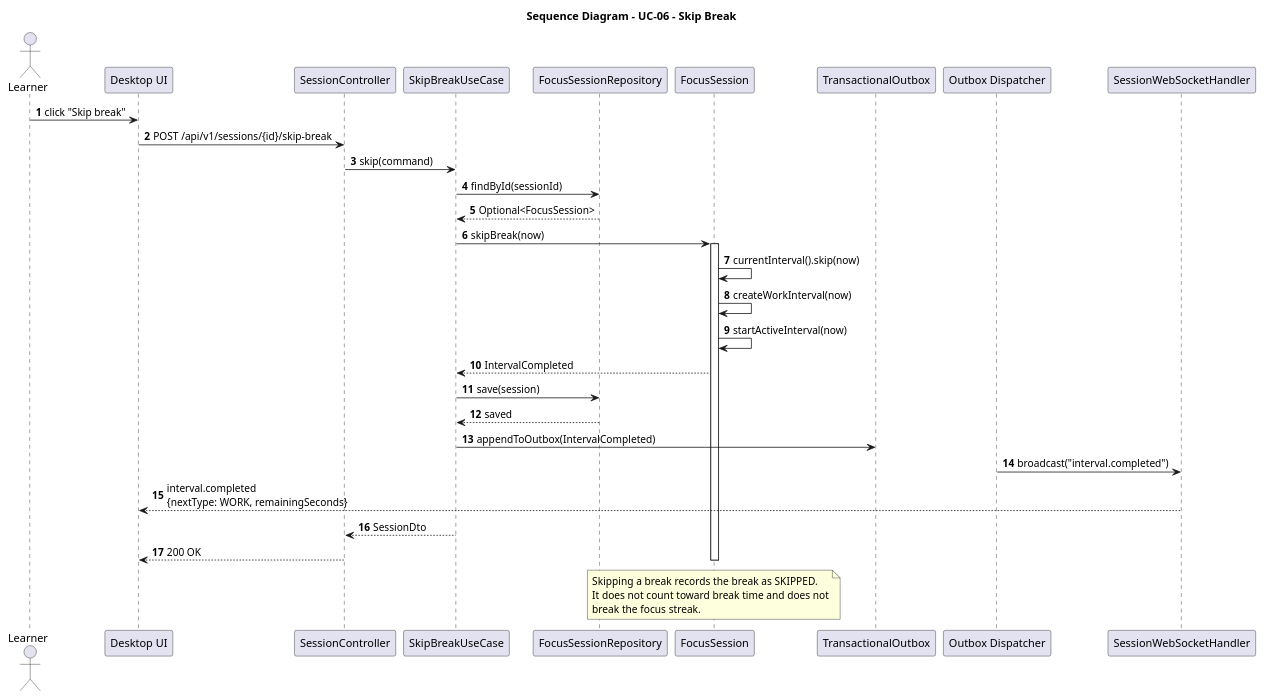
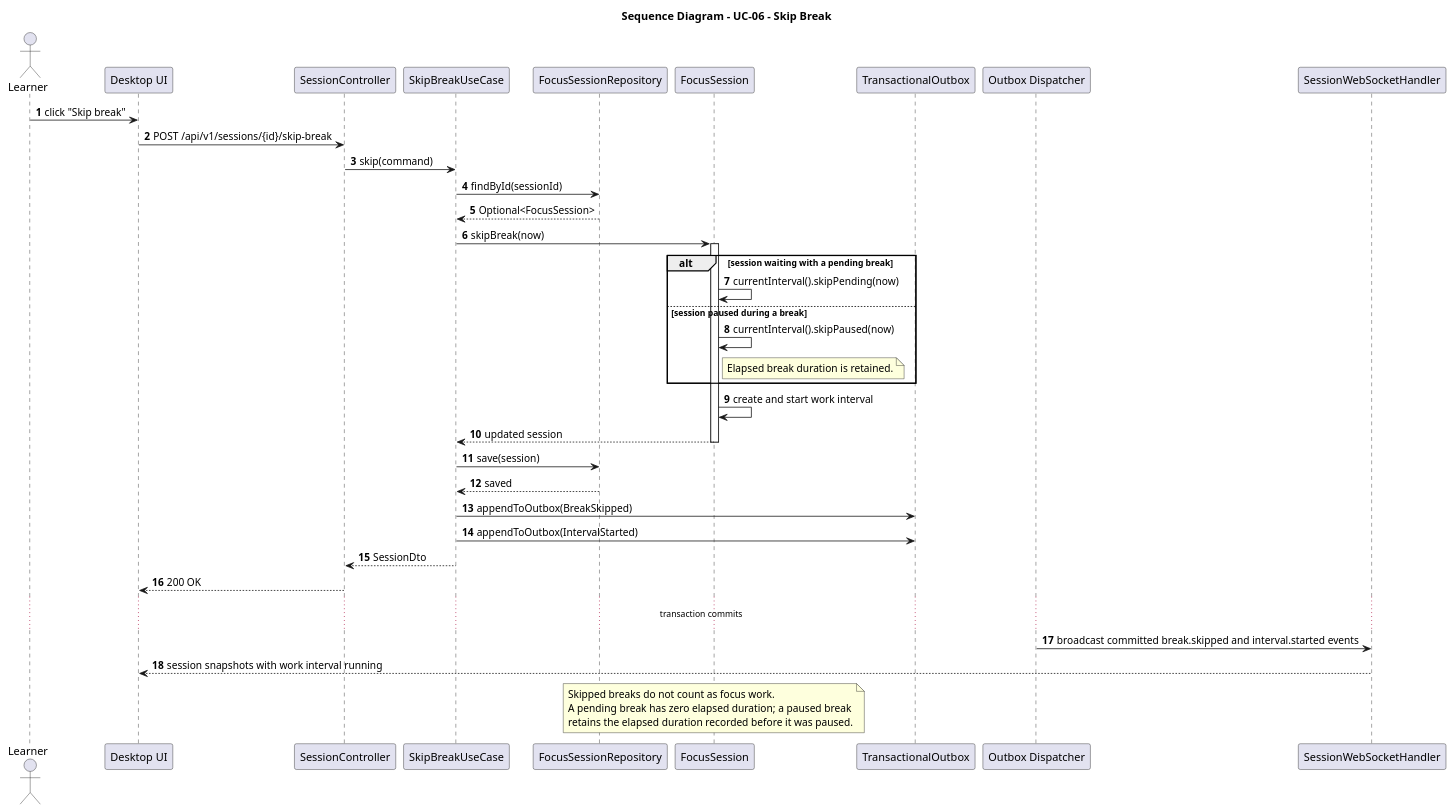
The diagram in docs/SD/SD_SkipBreak.puml (MiguelRibeiro1210/Focus-and-Study-Tracking), drawn with PlantUML before and after one commit. The commit also changed 10 other files, not shown here.

First line of the commit message:
feat(session): allow skipping paused breaks

```diff
--- a/docs/SD/SD_SkipBreak.puml
+++ b/docs/SD/SD_SkipBreak.puml
@@ -1,42 +1,48 @@
 @startuml
 title Sequence Diagram - UC-06 - Skip Break
 
 autonumber
 actor Learner
 participant "Desktop UI" as UI
 participant "SessionController" as Controller
 participant "SkipBreakUseCase" as UseCase
 participant "FocusSessionRepository" as Repo
 participant "FocusSession" as Session
 participant "TransactionalOutbox" as Events
 participant "Outbox Dispatcher" as Dispatcher
 participant "SessionWebSocketHandler" as WS
 
 Learner -> UI : click "Skip break"
 UI -> Controller : POST /api/v1/sessions/{id}/skip-break
 Controller -> UseCase : skip(command)
 UseCase -> Repo : findById(sessionId)
 Repo --> UseCase : Optional<FocusSession>
 
 UseCase -> Session : skipBreak(now)
 activate Session
-Session -> Session : currentInterval().skip(now)
-Session -> Session : createWorkInterval(now)
-Session -> Session : startActiveInterval(now)
-Session --> UseCase : IntervalCompleted
+alt session waiting with a pending break
+  Session -> Session : currentInterval().skipPending(now)
+else session paused during a break
+  Session -> Session : currentInterval().skipPaused(now)
+  note right of Session : Elapsed break duration is retained.
+end
+Session -> Session : create and start work interval
+Session --> UseCase : updated session
+deactivate Session
 UseCase -> Repo : save(session)
 Repo --> UseCase : saved
-UseCase -> Events : appendToOutbox(IntervalCompleted)
-Dispatcher -> WS : broadcast("interval.completed")
-WS --> UI : interval.completed\n{nextType: WORK, remainingSeconds}
+UseCase -> Events : appendToOutbox(BreakSkipped)
+UseCase -> Events : appendToOutbox(IntervalStarted)
 UseCase --> Controller : SessionDto
 Controller --> UI : 200 OK
-deactivate Session
+... transaction commits ...
+Dispatcher -> WS : broadcast committed break.skipped and interval.started events
+WS --> UI : session snapshots with work interval running
 
 note over Session
-  Skipping a break records the break as SKIPPED.
-  It does not count toward break time and does not
-  break the focus streak.
+  Skipped breaks do not count as focus work.
+  A pending break has zero elapsed duration; a paused break
+  retains the elapsed duration recorded before it was paused.
 end note
 
 @enduml
```
